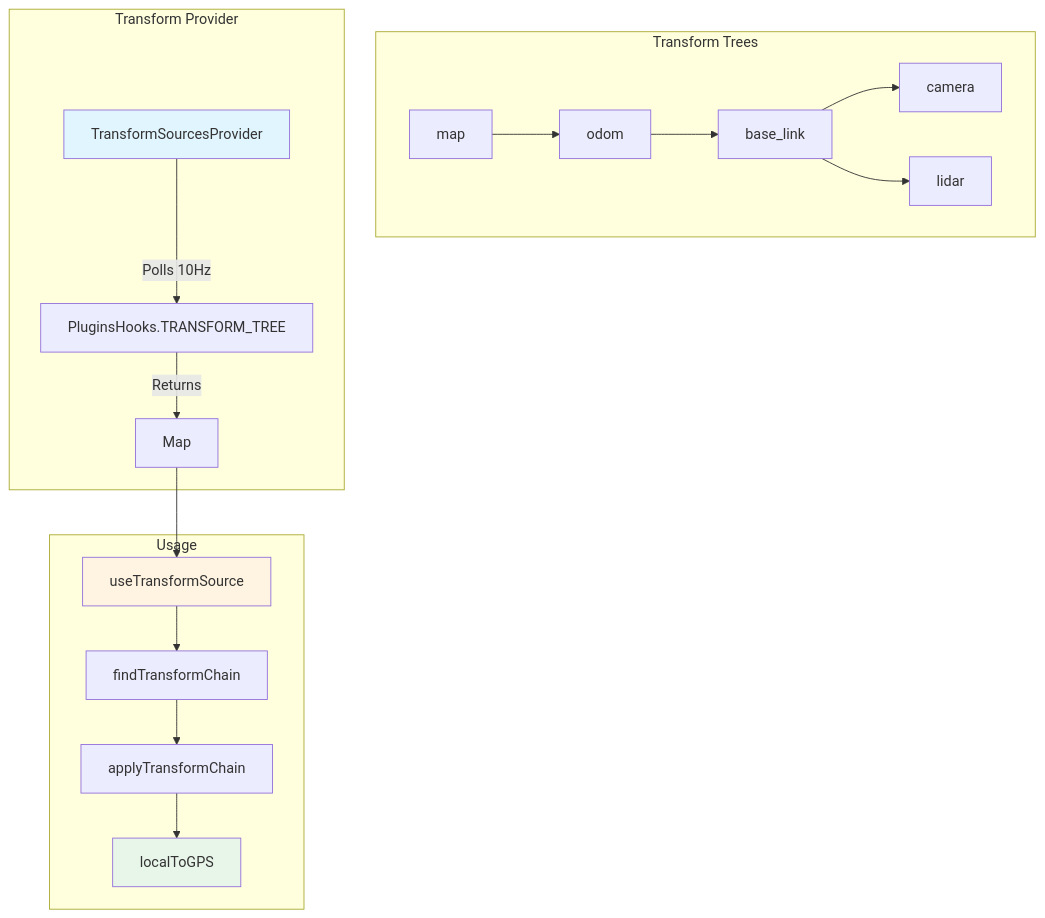
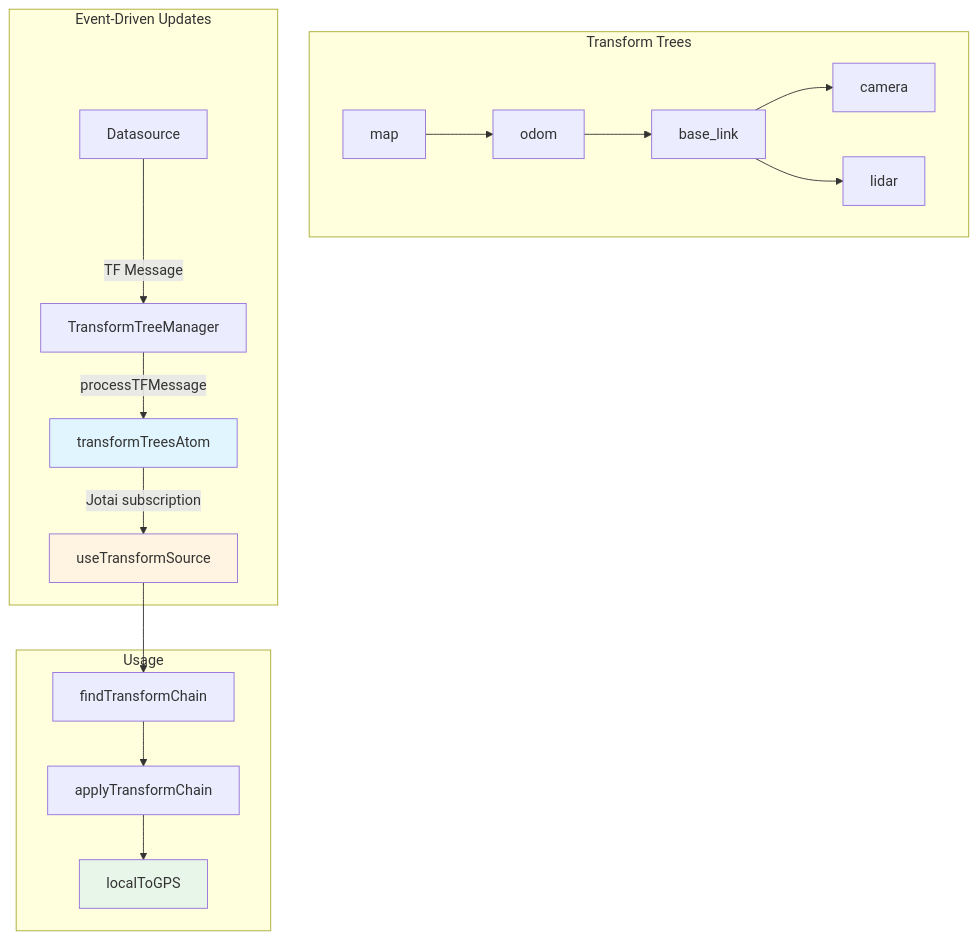
Before and after one commit to RMA-Robotics-Autonomous-Systems/ORMI: the diagram in apps/web/content/docs/v1/core/transforms.md, drawn with Mermaid. The commit also changed other lines of this file and 2 other files, not shown here.

````diff
--- a/apps/web/content/docs/v1/core/transforms.md
+++ b/apps/web/content/docs/v1/core/transforms.md
@@ -21,25 +21,25 @@
 ```mermaid
 graph TB
     subgraph "Transform Trees"
         MAP[map] --> ODOM[odom]
         ODOM --> BASE[base_link]
         BASE --> CAM[camera]
         BASE --> LIDAR[lidar]
     end
 
-    subgraph "Transform Provider"
-        TP[TransformSourcesProvider] -->|Polls 10Hz| PH[PluginsHooks.TRANSFORM_TREE]
-        PH -->|Returns| TM[Map<string, TransformTree>]
+    subgraph "Event-Driven Updates"
+        DS[Datasource] -->|TF Message| TTM[TransformTreeManager]
+        TTM -->|processTFMessage| ATOM[transformTreesAtom]
+        ATOM -->|Jotai subscription| HOOK[useTransformSource]
     end
 
     subgraph "Usage"
-        TM --> HOOK[useTransformSource]
         HOOK --> CHAIN[findTransformChain]
         CHAIN --> APPLY[applyTransformChain]
         APPLY --> GPS[localToGPS]
     end
 
-    style TP fill:#e1f5ff
+    style ATOM fill:#e1f5ff
     style HOOK fill:#fff4e1
     style GPS fill:#e8f5e9
 ```
````
